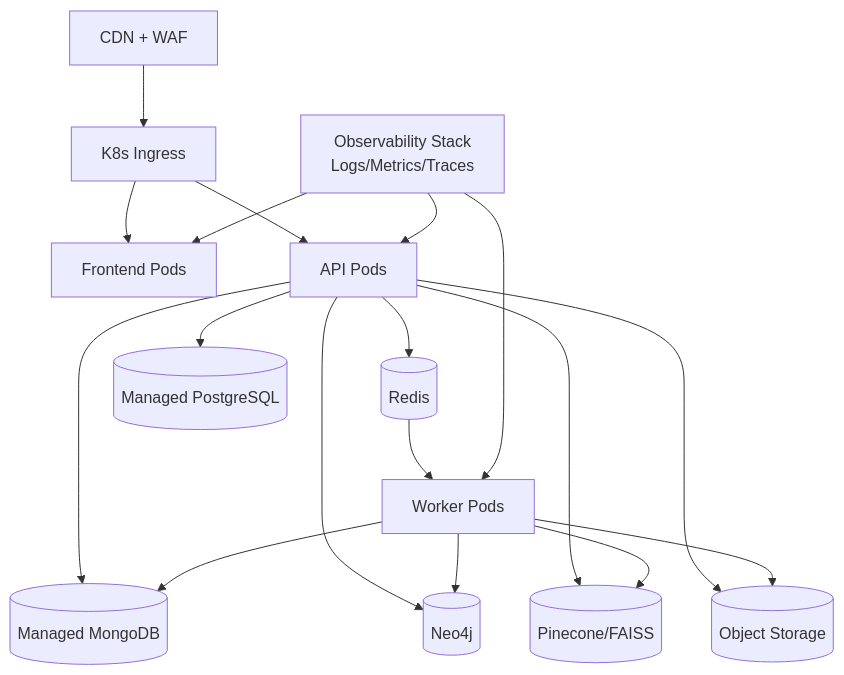
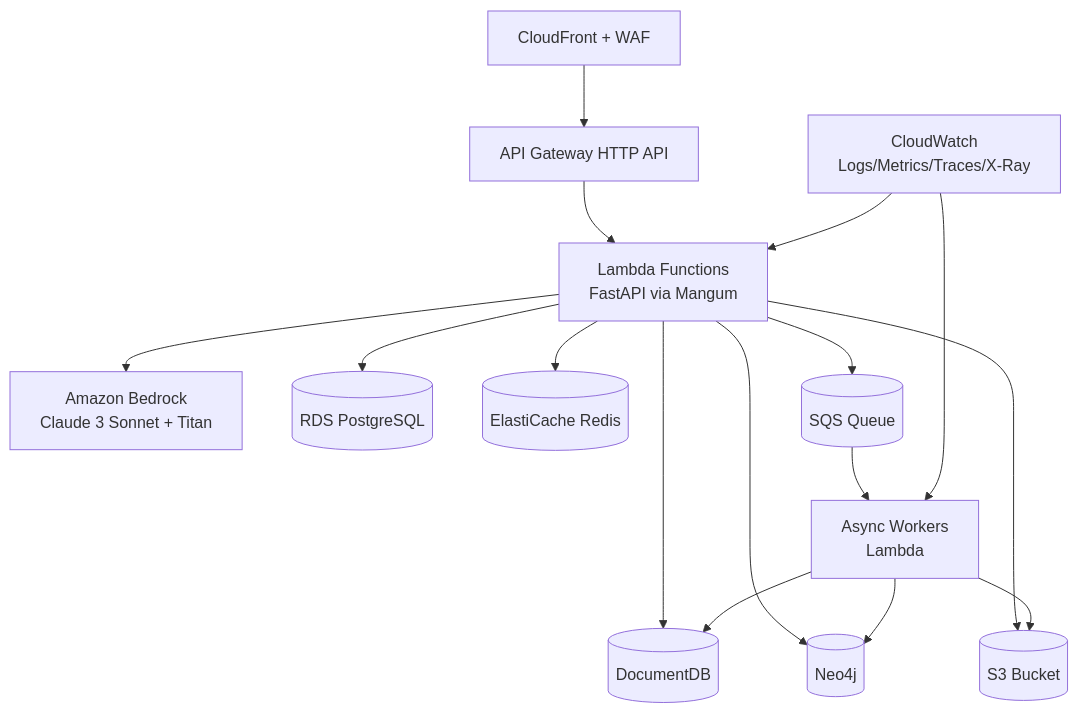
Before and after one commit to riju-talk/ai-entropy: the sixth of 6 diagrams in design.md, drawn with Mermaid. The commit also changed other lines of this file and 37 other files, not shown here.

````diff
--- a/design.md
+++ b/design.md
@@ -425,23 +525,21 @@
 ```mermaid
 flowchart TB
-  CDN[CDN + WAF] --> INGRESS[K8s Ingress]
-  INGRESS --> FE[Frontend Pods]
-  INGRESS --> API[API Pods]
+  CDN[CloudFront + WAF] --> INGRESS[API Gateway HTTP API]
+  INGRESS --> LAMBDA[Lambda Functions\nFastAPI via Mangum]
 
-  API --> REDIS[(Redis)]
-  API --> PG[(Managed PostgreSQL)]
-  API --> MONGO[(Managed MongoDB)]
-  API --> NEO[(Neo4j)]
-  API --> VEC[(Pinecone/FAISS)]
-  API --> OBJ[(Object Storage)]
+  LAMBDA --> BEDROCK[Amazon Bedrock\nClaude 3 Sonnet + Titan]
+  LAMBDA --> RDS[(RDS PostgreSQL)]
+  LAMBDA --> DOCDB[(DocumentDB)]
+  LAMBDA --> NEO[(Neo4j)]
+  LAMBDA --> S3[(S3 Bucket)]
+  LAMBDA --> REDIS[(ElastiCache Redis)]
+  LAMBDA --> SQS[(SQS Queue)]
 
-  REDIS --> WORKER[Worker Pods]
-  WORKER --> MONGO
+  SQS --> WORKER[Async Workers\nLambda]
+  WORKER --> DOCDB
   WORKER --> NEO
-  WORKER --> VEC
-  WORKER --> OBJ
+  WORKER --> S3
 
-  OBS[Observability Stack\nLogs/Metrics/Traces] --> API
+  OBS[CloudWatch\nLogs/Metrics/Traces/X-Ray] --> LAMBDA
   OBS --> WORKER
-  OBS --> FE
 ```
````
